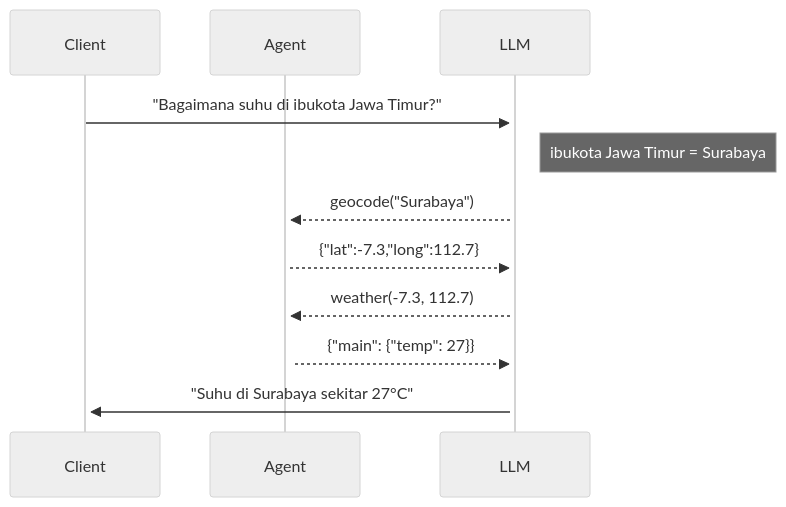
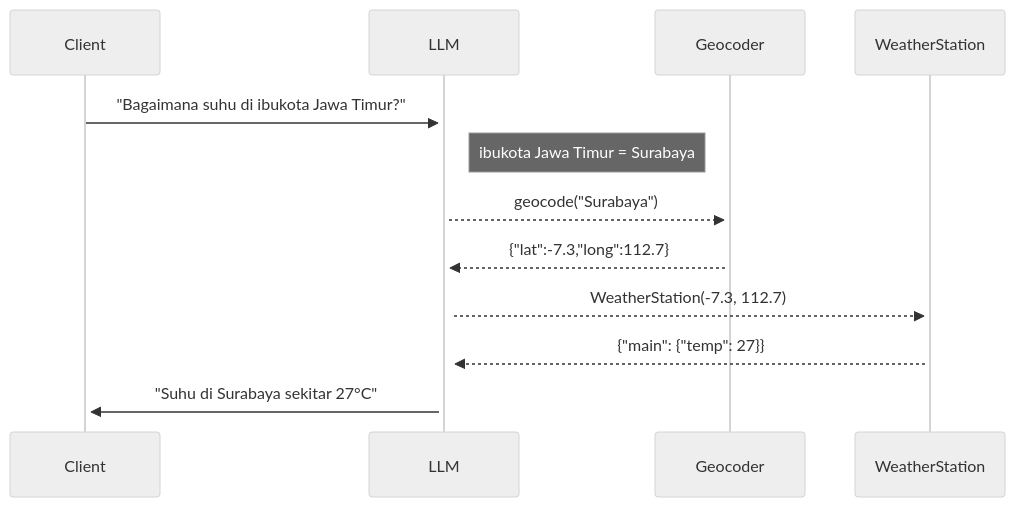
One commit to hijra-engineering/ngoprek-llm changed the second of 2 diagrams in README.md. Above: the diagram before and after it, drawn with Mermaid (neutral theme). The commit also changed other lines of this file, not shown here.

Commit message:
tweak sequence diagrams

````diff
--- a/README.md
+++ b/README.md
@@ -44,13 +44,14 @@
 ```mermaid
 sequenceDiagram
   participant Client
-  participant Agent
   participant LLM
+  participant Geocoder
+  participant WeatherStation
   Client->>+LLM: "Bagaimana suhu di ibukota Jawa Timur?"
   Note right of LLM: ibukota Jawa Timur = Surabaya
-  LLM-->>+Agent: geocode("Surabaya")
-  Agent-->>+LLM: {"lat":-7.3,"long":112.7}
-  LLM-->>+Agent: weather(-7.3, 112.7)
-  Agent-->>+LLM: {"main": {"temp": 27}}
+  LLM-->>+Geocoder: geocode("Surabaya")
+  Geocoder-->>+LLM: {"lat":-7.3,"long":112.7}
+  LLM-->>+WeatherStation: WeatherStation(-7.3, 112.7)
+  WeatherStation-->>+LLM: {"main": {"temp": 27}}
   LLM->>+Client: "Suhu di Surabaya sekitar 27°C"
 ```
````
